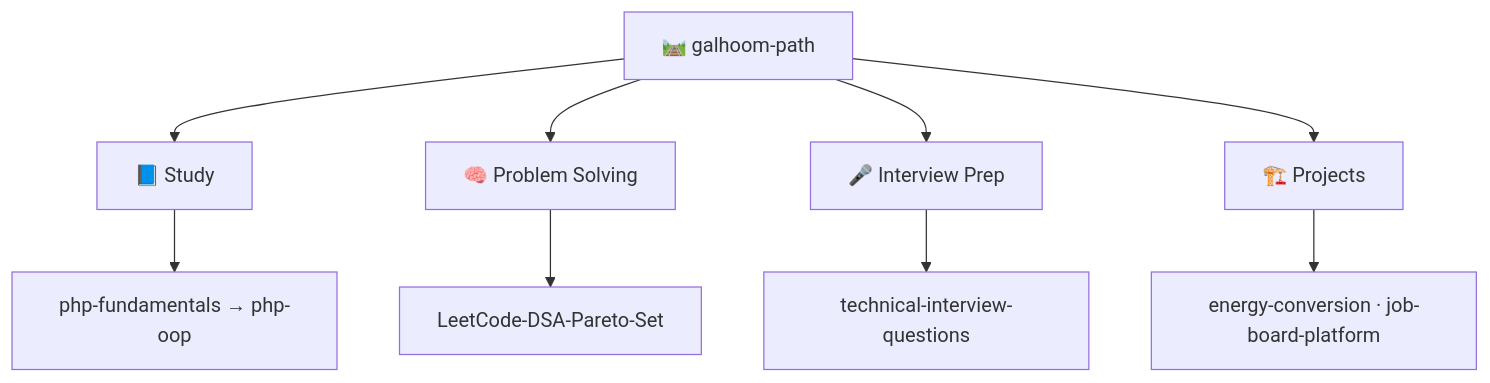
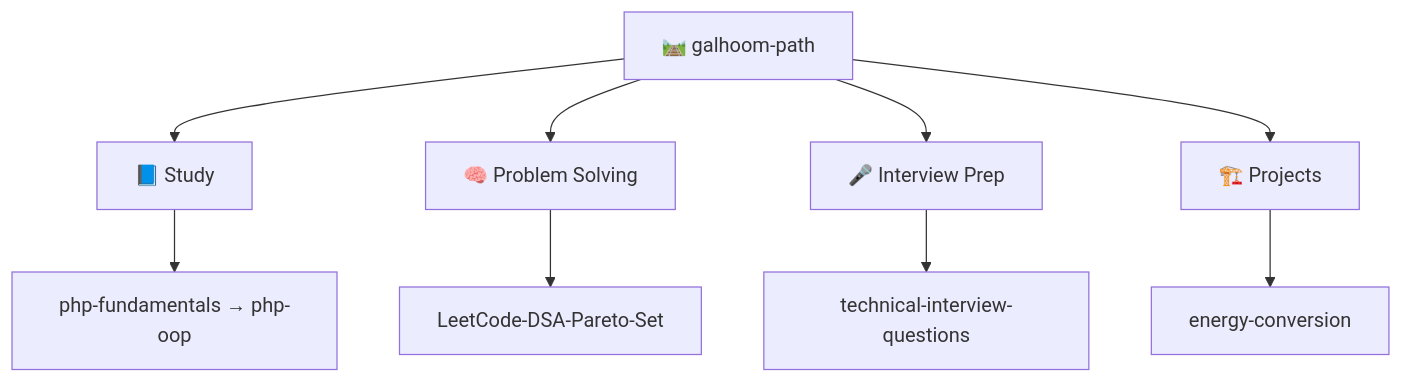
Before and after one commit to Galhoom22/Galhoom22: the diagram in README.md, drawn with Mermaid.

Commit message:
Projects track map: energy-conversion only.

````diff
--- a/README.md
+++ b/README.md
@@ -33,12 +33,12 @@
 ```mermaid
 flowchart TB
   ORG["🛤️ galhoom-path"]
   ORG --> S["📘 Study"]
   ORG --> P["🧠 Problem Solving"]
   ORG --> I["🎤 Interview Prep"]
   ORG --> R["🏗️ Projects"]
   S --> S1["php-fundamentals → php-oop"]
   P --> P1["LeetCode-DSA-Pareto-Set"]
   I --> I1["technical-interview-questions"]
-  R --> R1["energy-conversion · job-board-platform"]
+  R --> R1["energy-conversion"]
 ```
````
